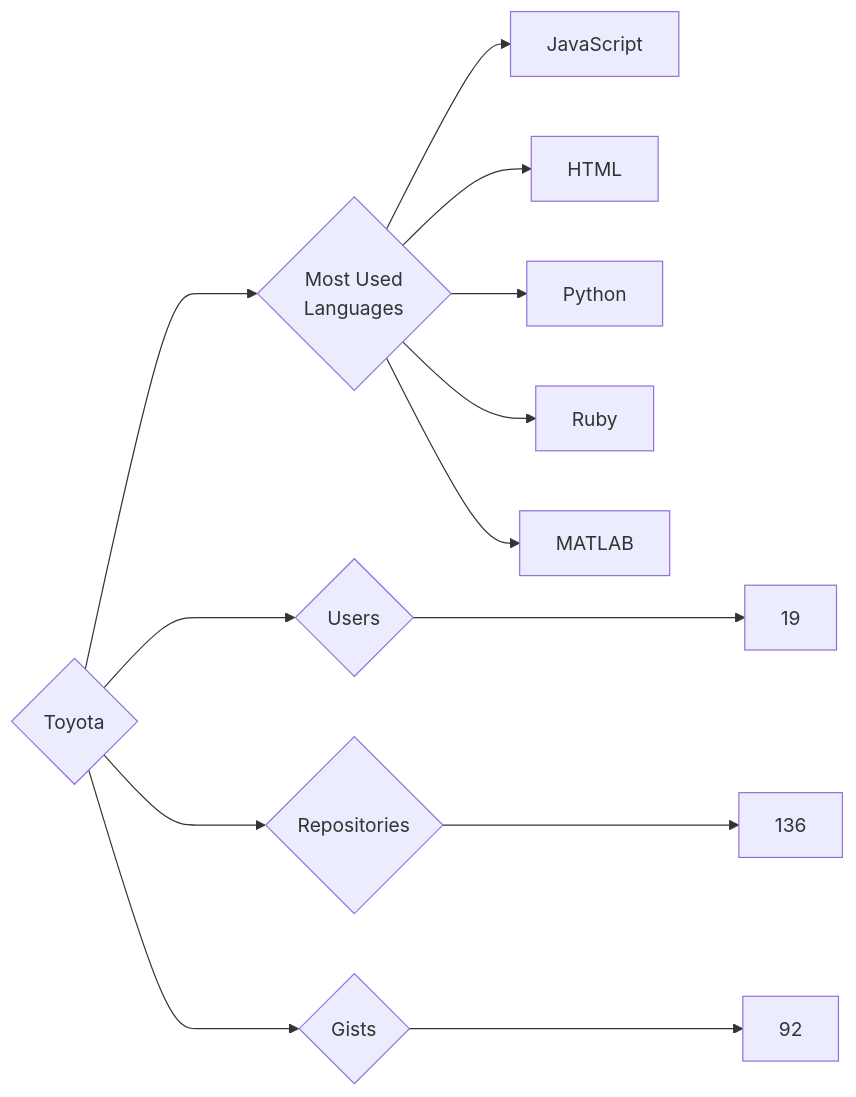
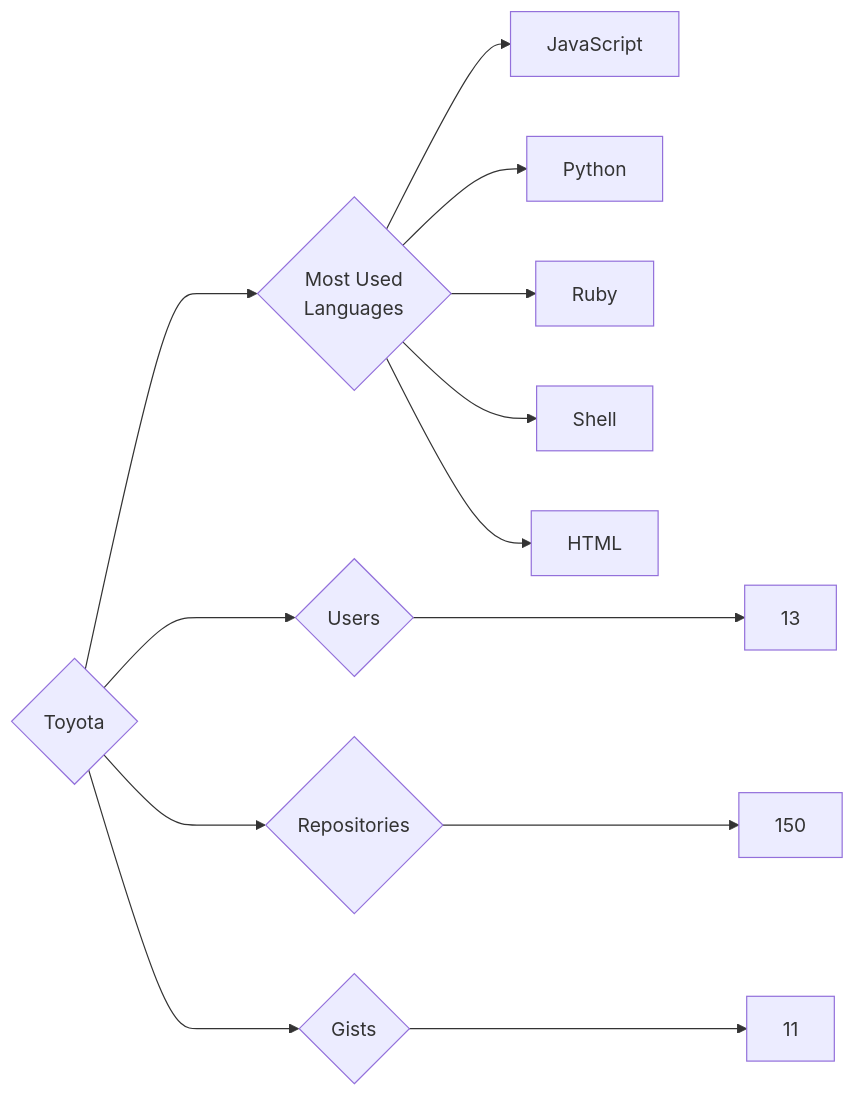
Before and after one commit to trickest/insiders: the diagram in targets/Toyota/README.md, drawn with Mermaid. The commit also changed 969 other files, not shown here.

````diff
--- a/targets/Toyota/README.md
+++ b/targets/Toyota/README.md
@@ -3,13 +3,13 @@
 ```mermaid
 graph LR
 COMPANY_NAME{Toyota}
-COMPANY_NAME ---> U{Users} ---> UN[19]
-COMPANY_NAME ---> R{Repositories} ---> RN[136]
-COMPANY_NAME ---> G{Gists} ---> GN[92]
+COMPANY_NAME ---> U{Users} ---> UN[13]
+COMPANY_NAME ---> R{Repositories} ---> RN[150]
+COMPANY_NAME ---> G{Gists} ---> GN[11]
 COMPANY_NAME ---> ML{Most Used<br>Languages}
 ML --> JavaScript[JavaScript]
-ML --> HTML[HTML]
 ML --> Python[Python]
 ML --> Ruby[Ruby]
-ML --> MATLAB[MATLAB]
+ML --> Shell[Shell]
+ML --> HTML[HTML]
 ```
````
